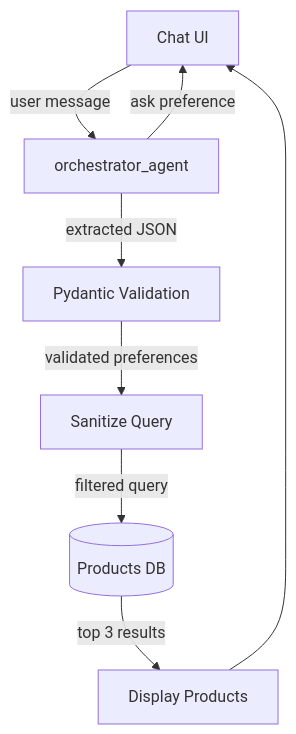
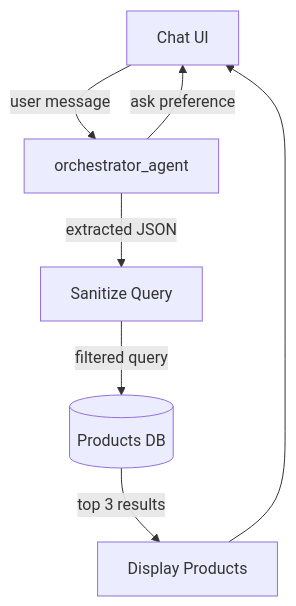
The second of 2 diagrams in README.md (rohitk2/product_recommendation_chatbot), drawn with Mermaid before and after one commit. The commit also changed other lines of this file, not shown here.

````diff
--- a/README.md
+++ b/README.md
@@ -101,13 +101,11 @@
 ```mermaid
 graph TD
     UI[Chat UI] -->|user message| OA[orchestrator_agent]
     OA -->|ask preference| UI
 
-    OA -->|extracted JSON| PV[Pydantic Validation]
-
-    PV -->|validated preferences| SQ[Sanitize Query]
+    OA -->|extracted JSON| SQ[Sanitize Query]
     SQ -->|filtered query| DB[(Products DB)]
     DB -->|top 3 results| DP[Display Products]
     DP --> UI
 
 ```
````
